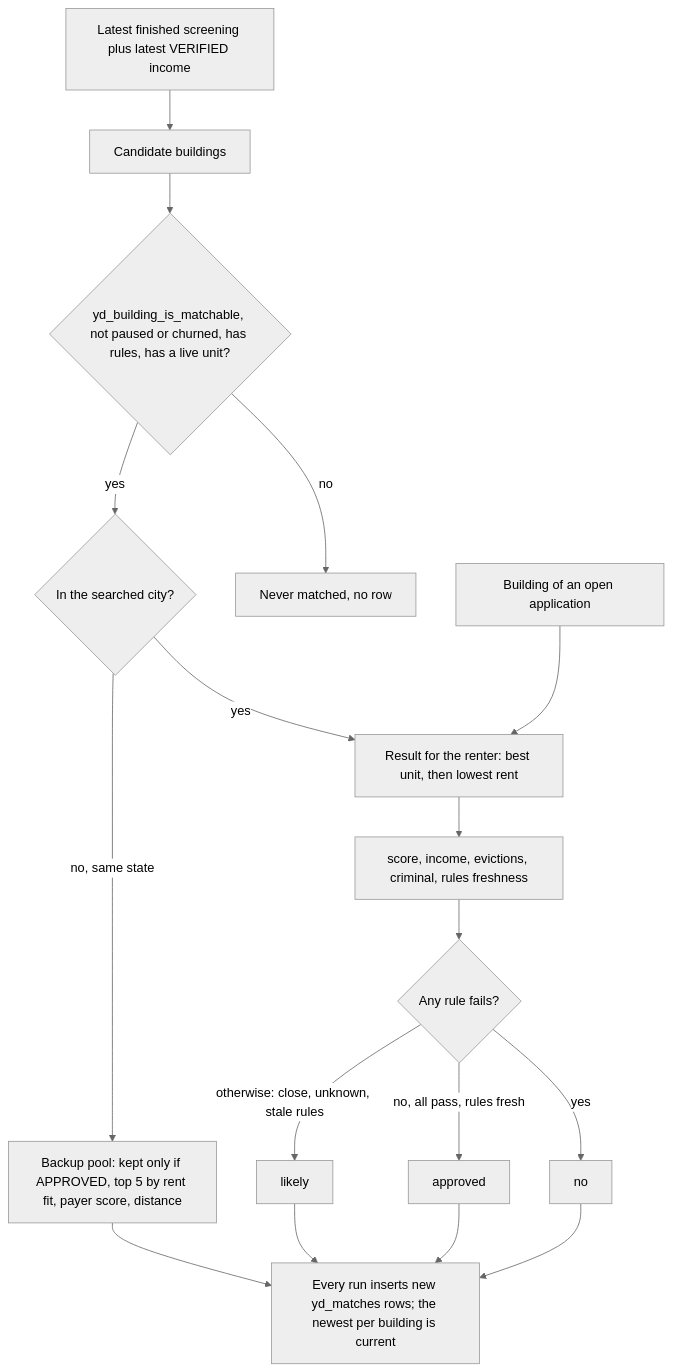
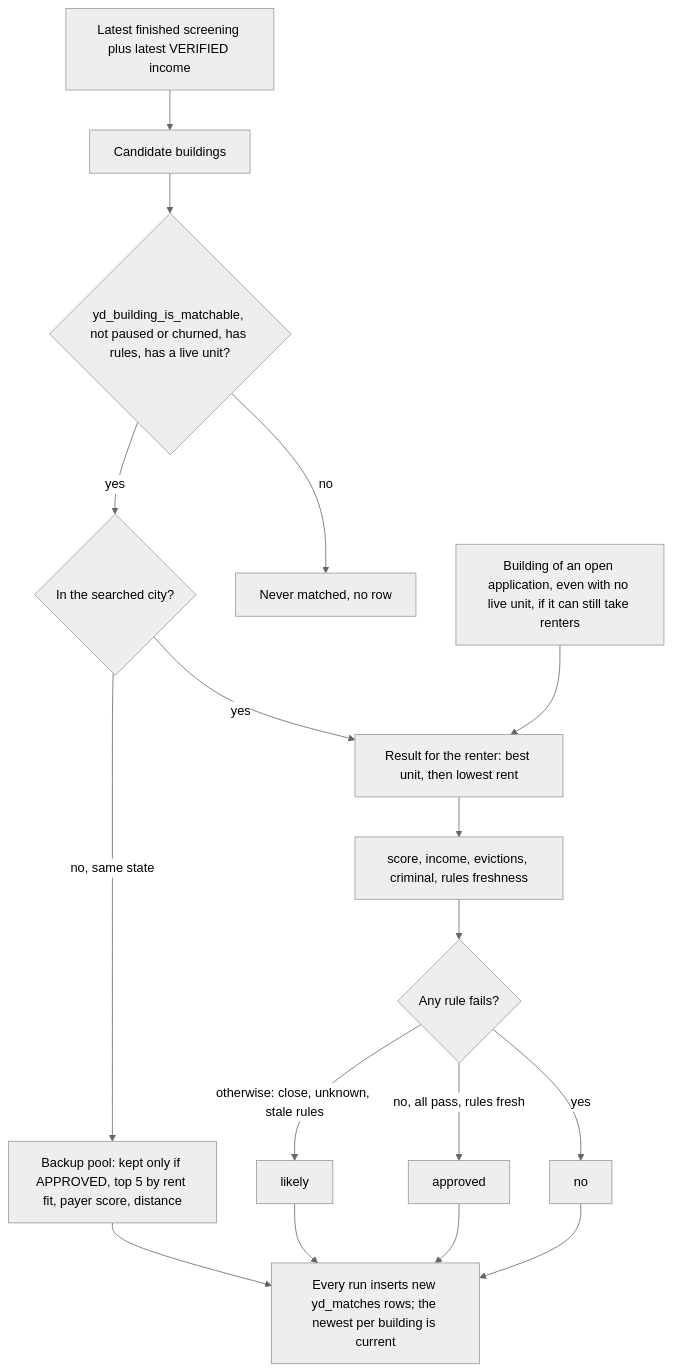
Before and after one commit to ZootimusMaximusSupreme/Fundhub_ai: the tenth of 12 diagrams in docs/journeys/yesdoor-flow.md, drawn with Mermaid (neutral theme). The commit also changed other lines of this file and 10 other files, not shown here.

````diff
--- a/docs/journeys/yesdoor-flow.md
+++ b/docs/journeys/yesdoor-flow.md
@@ -209,19 +211,19 @@
 ```mermaid
 flowchart TD
     R[Latest finished screening plus latest VERIFIED income] --> C[Candidate buildings]
     C --> Q{yd_building_is_matchable, not paused or churned, has rules, has a live unit?}
     Q -->|no| SK[Never matched, no row]
     Q -->|yes| A{In the searched city?}
     A -->|yes| AR[Result for the renter: best unit, then lowest rent]
     A -->|no, same state| PO[Backup pool: kept only if APPROVED, top 5 by rent fit, payer score, distance]
-    OA[Building of an open application] --> AR
+    OA[Building of an open application, even with no live unit, if it can still take renters] --> AR
     AR --> RULE[score, income, evictions, criminal, rules freshness]
     RULE --> RES{Any rule fails?}
     RES -->|yes| NO[no]
     RES -->|no, all pass, rules fresh| AP[approved]
     RES -->|otherwise: close, unknown, stale rules| LI[likely]
     NO --> ST[Every run inserts new yd_matches rows; the newest per building is current]
     AP --> ST
     LI --> ST
     PO --> ST
 ```
````
